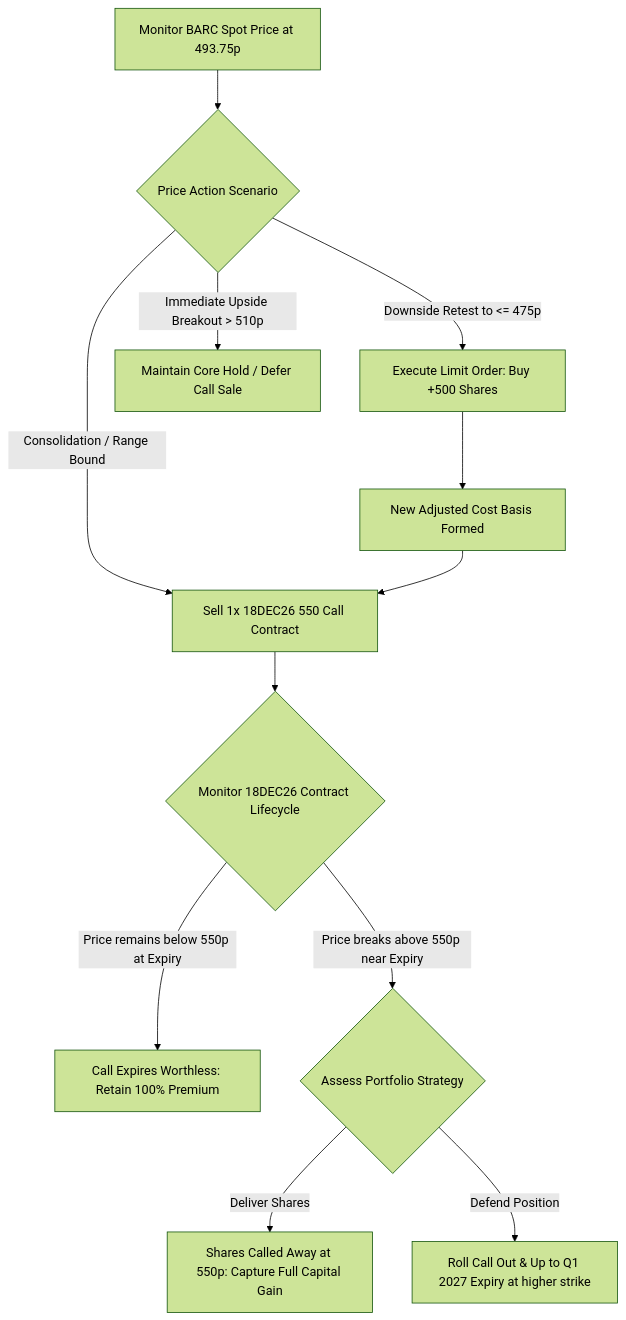
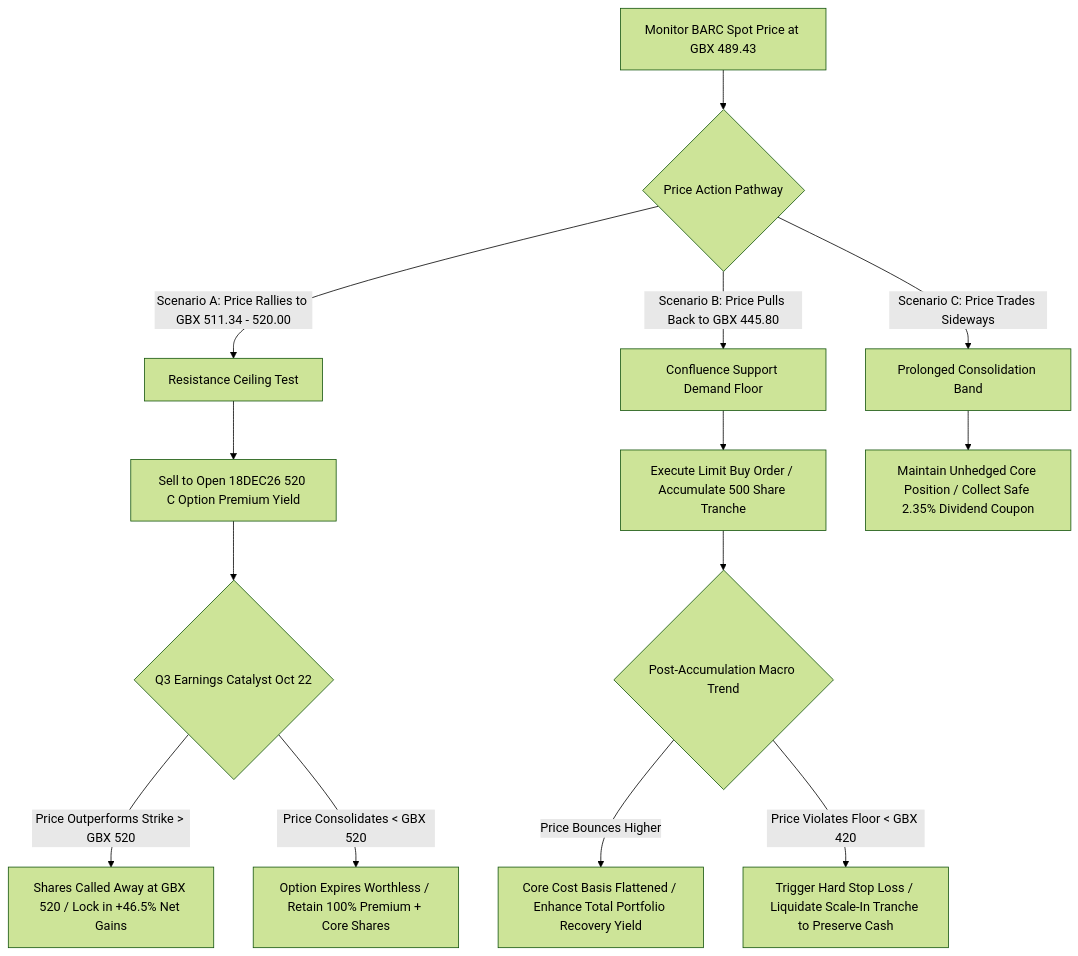
The diagram in docs/BARC.md (ray-oh/portal), drawn with Mermaid (forest theme) before and after one commit. The commit also changed other lines of this file, not shown here.

Commit message:
[Update] Automated upload via ChatFlow - docs/BARC.md

````diff
--- a/docs/BARC.md
+++ b/docs/BARC.md
@@ -46,14 +46,16 @@
-```mermaid
+``` mermaid
 graph TD
-A[Monitor BARC Spot Price at 493.75p] --> B{Price Action Scenario}
-B -->|Downside Retest to <= 475p| C[Execute Limit Order: Buy +500 Shares]
-B -->|Consolidation / Range Bound| D[Sell 1x 18DEC26 550 Call Contract]
-B -->|Immediate Upside Breakout > 510p| E[Maintain Core Hold / Defer Call Sale]
-C --> C1[New Adjusted Cost Basis Formed]
-C1 --> D
-D --> F{Monitor 18DEC26 Contract Lifecycle}
-F -->|Price remains below 550p at Expiry| G[Call Expires Worthless: Retain 100% Premium]
-F -->|Price breaks above 550p near Expiry| H{Assess Portfolio Strategy}
-H -->|Deliver Shares| I[Shares Called Away at 550p: Capture Full Capital Gain]
-H -->|Defend Position| J[Roll Call Out & Up to Q1 2027 Expiry at higher strike]
+A[Monitor BARC Spot Price at GBX 489.43] --> B{Price Action Pathway}
+B -->|Scenario A: Price Rallies to GBX 511.34 - 520.00| C[Resistance Ceiling Test]
+C --> C1[Sell to Open 18DEC26 520 C Option Premium Yield]
+C1 --> C2{Q3 Earnings Catalyst Oct 22}
+C2 -->|Price Outperforms Strike > GBX 520| C3[Shares Called Away at GBX 520 / Lock in +46.5% Net Gains]
+C2 -->|Price Consolidates < GBX 520| C4[Option Expires Worthless / Retain 100% Premium + Core Shares]
+B -->|Scenario B: Price Pulls Back to GBX 445.80| D[Confluence Support Demand Floor]
+D --> D1[Execute Limit Buy Order / Accumulate 500 Share Tranche]
+D1 --> D2{Post-Accumulation Macro Trend}
+D2 -->|Price Bounces Higher| D3[Core Cost Basis Flattened / Enhance Total Portfolio Recovery Yield]
+D2 -->|Price Violates Floor < GBX 420| D4[Trigger Hard Stop Loss / Liquidate Scale-In Tranche to Preserve Cash]
+B -->|Scenario C: Price Trades Sideways| E[Prolonged Consolidation Band]
+E --> E1[Maintain Unhedged Core Position / Collect Safe 2.35% Dividend Coupon]
 ```
````
